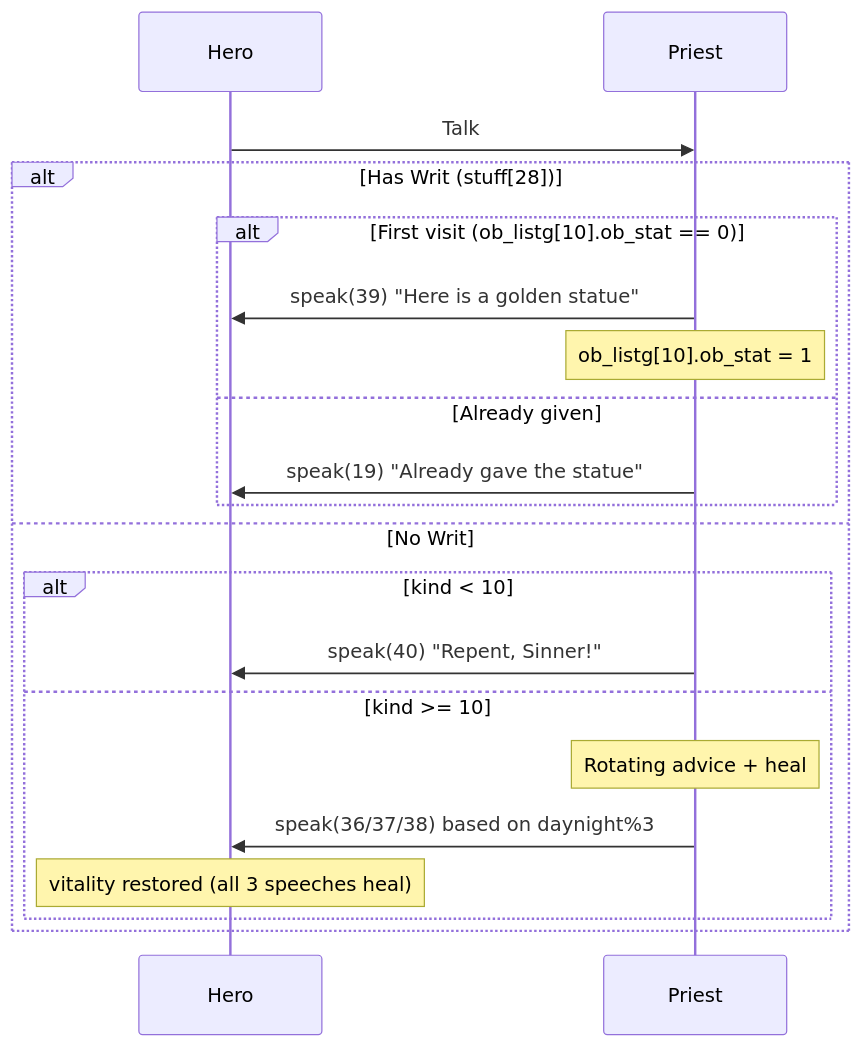
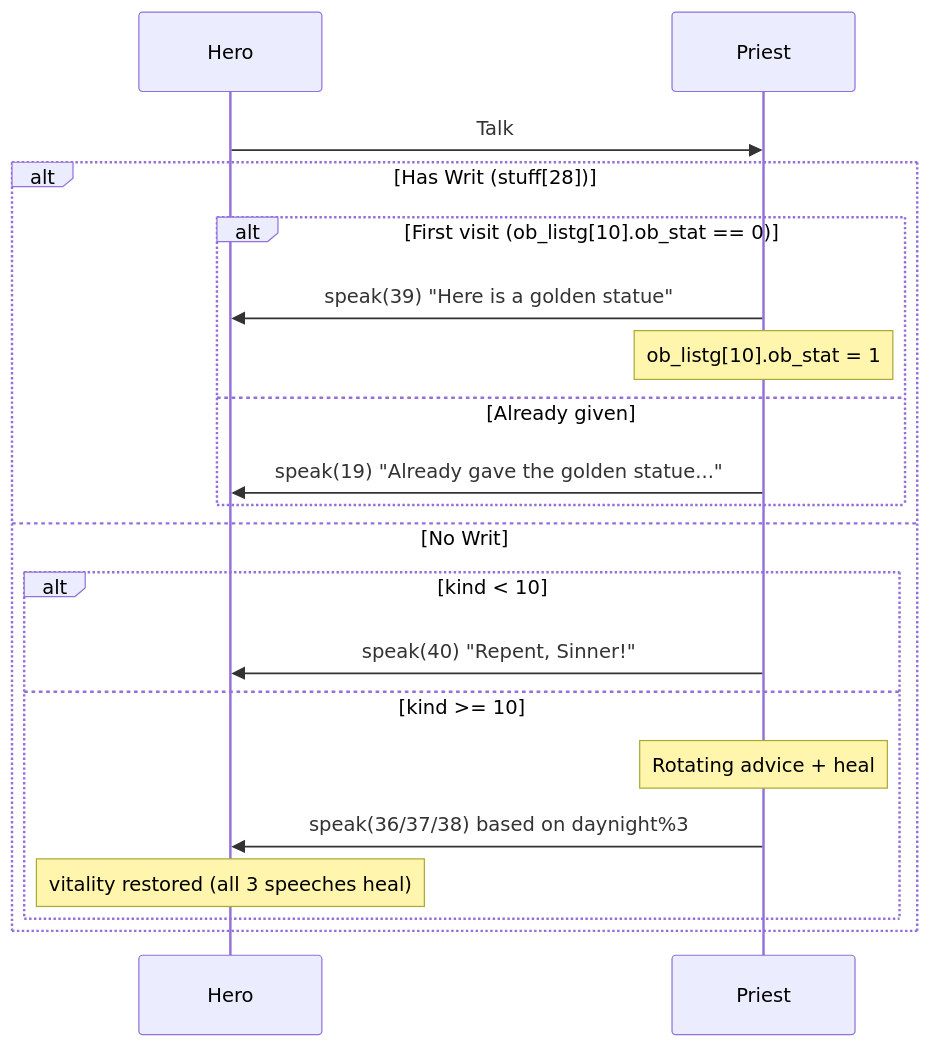
One commit to bacomatic/faery-tale-rs changed diagram 14 of 18 in reference/STORYLINE-npcs.md. Above: the diagram before and after it, drawn with Mermaid. The commit also changed other lines of this file and 20 other files, not shown here.

````diff
--- a/reference/STORYLINE-npcs.md
+++ b/reference/STORYLINE-npcs.md
@@ -307,24 +307,24 @@
 ```mermaid
 sequenceDiagram
     participant Hero
     participant Priest
 
     Hero->>Priest: Talk
 
     alt Has Writ (stuff[28])
         alt First visit (ob_listg[10].ob_stat == 0)
             Priest->>Hero: speak(39) "Here is a golden statue"
             Note over Priest: ob_listg[10].ob_stat = 1
         else Already given
-            Priest->>Hero: speak(19) "Already gave the statue"
+            Priest->>Hero: speak(19) "Already gave the golden statue..."
         end
     else No Writ
         alt kind < 10
             Priest->>Hero: speak(40) "Repent, Sinner!"
         else kind >= 10
             Note over Priest: Rotating advice + heal
             Priest->>Hero: speak(36/37/38) based on daynight%3
             Note over Hero: vitality restored (all 3 speeches heal)
         end
     end
 ```
````
